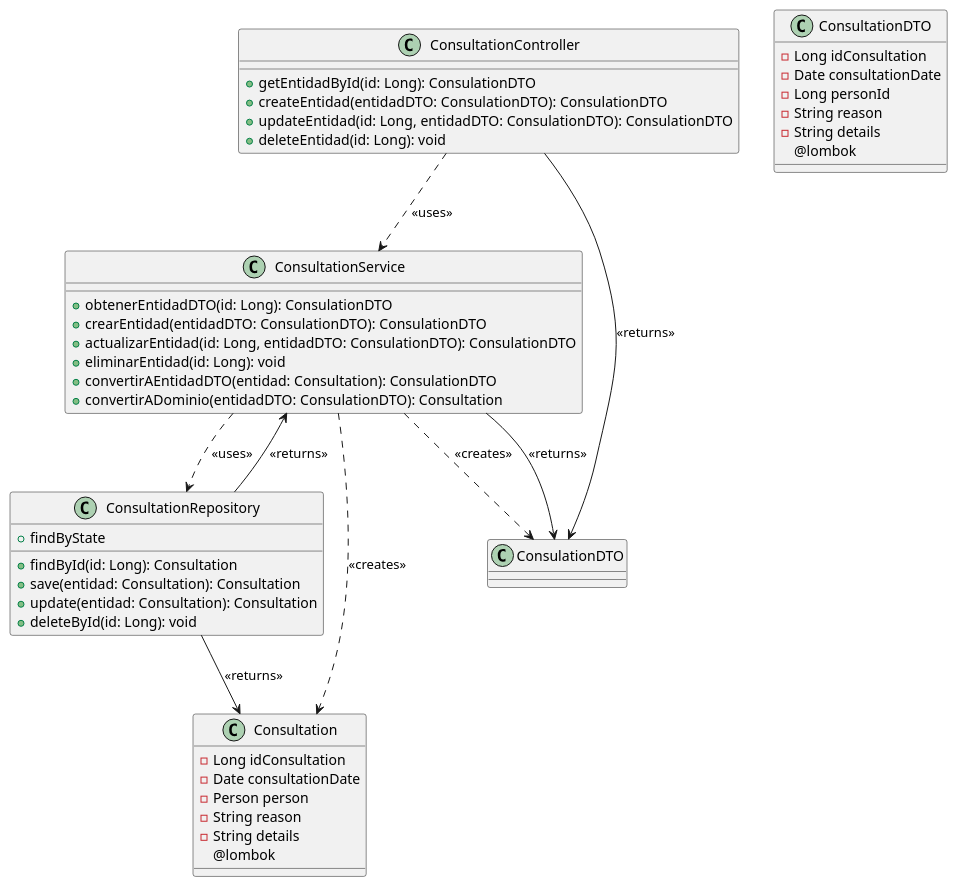
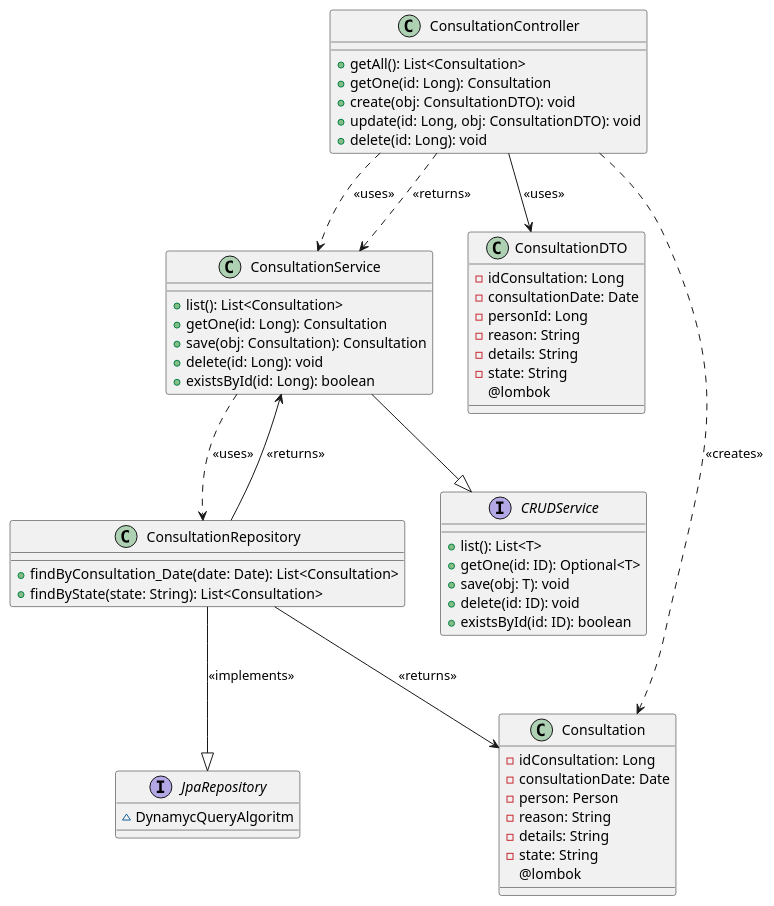
Before and after one commit to abelguevara-upeu/apis-rosalesdental: the diagram in src/main/resources/templates/architecture/HU_25/class-diagram.pu, drawn with PlantUML. The commit also changed 4 other files, not shown here.

```diff
--- a/src/main/resources/templates/architecture/HU_25/class-diagram.pu
+++ b/src/main/resources/templates/architecture/HU_25/class-diagram.pu
@@ -1,54 +1,68 @@
-@startuml test
+@startuml hu25
 
 class ConsultationController {
-  +getEntidadById(id: Long): ConsulationDTO
-  +createEntidad(entidadDTO: ConsulationDTO): ConsulationDTO
-  +updateEntidad(id: Long, entidadDTO: ConsulationDTO): ConsulationDTO
-  +deleteEntidad(id: Long): void
+  +getAll(): List<Consultation>
+  +getOne(id: Long): Consultation
+  +create(obj: ConsultationDTO): void
+  +update(id: Long, obj: ConsultationDTO): void
+  +delete(id: Long): void
 }
 
 class ConsultationService {
-  +obtenerEntidadDTO(id: Long): ConsulationDTO
-  +crearEntidad(entidadDTO: ConsulationDTO): ConsulationDTO
-  +actualizarEntidad(id: Long, entidadDTO: ConsulationDTO): ConsulationDTO
-  +eliminarEntidad(id: Long): void
-  +convertirAEntidadDTO(entidad: Consultation): ConsulationDTO
-  +convertirADominio(entidadDTO: ConsulationDTO): Consultation
+  +list(): List<Consultation>
+  +getOne(id: Long): Consultation
+  +save(obj: Consultation): Consultation
+  +delete(id: Long): void
+  +existsById(id: Long): boolean
 }
 
 class ConsultationRepository {
-  +findById(id: Long): Consultation
-  +save(entidad: Consultation): Consultation
-  +update(entidad: Consultation): Consultation
-  +deleteById(id: Long): void
-  +findByState
+  +findByConsultation_Date(date: Date): List<Consultation>
+  +findByState(state: String): List<Consultation>
+}
+
+interface JpaRepository {
+  ~DynamycQueryAlgoritm
+}
+
+interface CRUDService{
+  +list(): List<T>
+  +getOne(id: ID): Optional<T>
+  +save(obj: T): void
+  +delete(id: ID): void
+  +existsById(id: ID): boolean
 }
 
 class ConsultationDTO {
-  -Long idConsultation
-  -Date consultationDate
-  -Long personId
-  -String reason
-  -String details
+  -idConsultation: Long
+  -consultationDate: Date
+  -personId: Long
+  -reason: String
+  -details: String
+  -state: String
   @lombok
 }
 
-class  Consultation {
-  -Long idConsultation
-  -Date consultationDate
-  -Person person
-  -String reason
-  -String details
+class Consultation {
+  -idConsultation: Long
+  -consultationDate: Date
+  -person: Person
+  -reason: String
+  -details: String
+  -state: String
   @lombok
 }
 
 ConsultationController ..> ConsultationService : <<uses>>
+ConsultationController --> ConsultationDTO : <<uses>>
+ConsultationController ..> Consultation : <<creates>>
+ConsultationController ..> ConsultationService: <<returns>>
+
+ConsultationService --|> CRUDService
 ConsultationService ..> ConsultationRepository : <<uses>>
-ConsultationService ..> ConsulationDTO : <<creates>>
-ConsultationService ..> Consultation : <<creates>>
+
 ConsultationRepository --> ConsultationService : <<returns>>
-ConsultationService --> ConsulationDTO : <<returns>>
-ConsultationController --> ConsulationDTO : <<returns>>
 ConsultationRepository --> Consultation : <<returns>>
+ConsultationRepository --|> JpaRepository: <<implements>>
 
 @enduml
```
